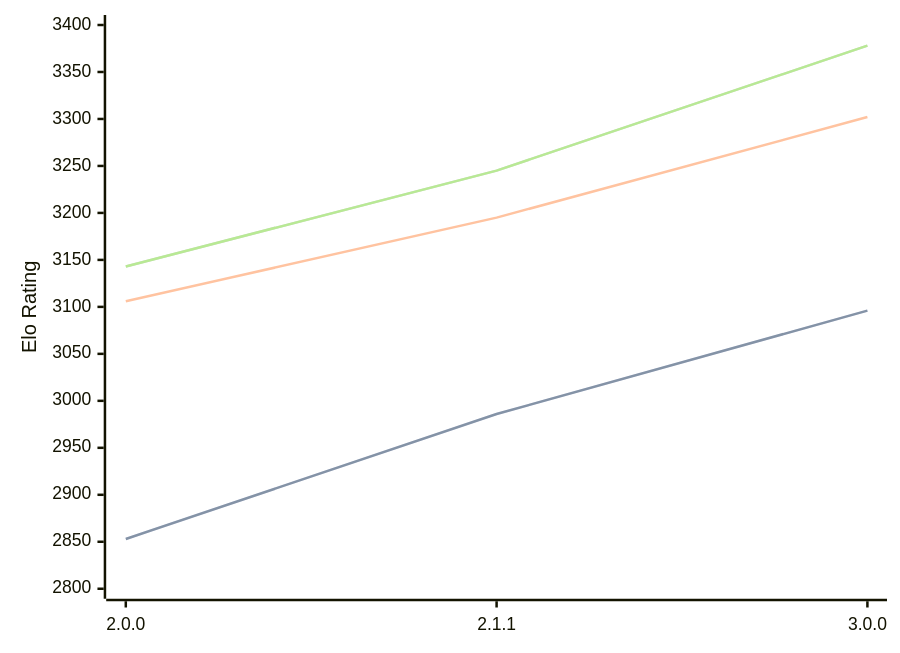
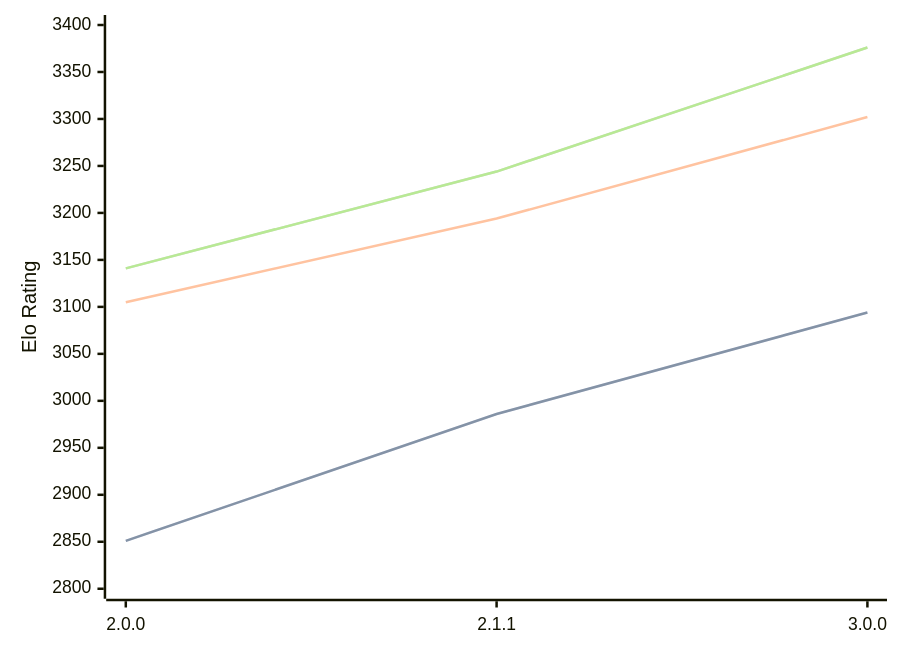
The diagram in engines/Bread.md (computer-chess-index/cci), drawn with Mermaid before and after one commit. The commit also changed other lines of this file, not shown here.

Commit message:
Update CCI Ratings (ELO VLTC) - 2026-08-11

````diff
--- a/engines/Bread.md
+++ b/engines/Bread.md
@@ -36,11 +36,11 @@
 ```mermaid
 %%{init: {"theme":"base","themeVariables":{"seriesColors:['#a3a3a3','#222221','#faa371']}}}%%
 xychart-beta
   x-axis ["2.0.0", "2.1.1", "3.0.0"]
   y-axis "Elo Rating" 2800 --> 3400
-  line "STC (8.0+0.08s)" [2853, 2986, 3096]
-  line "STC (8.0+0.08s)" [2853, 2986, 3096]
-  line "LTC (60.0+0.60s)" [3106, 3195, 3302]
-  line "VLTC (2m24s+1.12s)" [3143, 3245, 3378]
-  line "VLTC (2m24s+1.12s)" [3143, 3245, 3378]
+  line "STC (8.0+0.08s)" [2851, 2986, 3094]
+  line "STC (8.0+0.08s)" [2851, 2986, 3094]
+  line "LTC (60.0+0.60s)" [3105, 3194, 3302]
+  line "VLTC (2m24s+1.12s)" [3141, 3244, 3376]
+  line "VLTC (2m24s+1.12s)" [3141, 3244, 3376]
 ```
````
